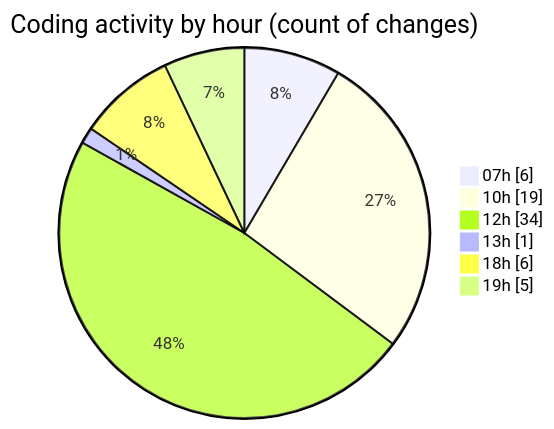
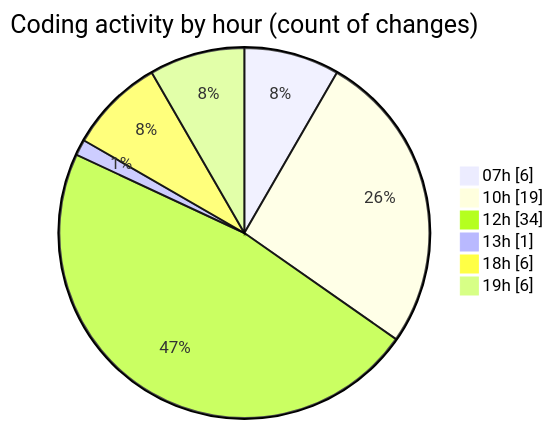
One commit to lephambinh05/code-tracking changed the second of 2 diagrams in 2025-08-14/rentotp/README.md. Above: the diagram before and after it, drawn with Mermaid. The commit also changed other lines of this file and 1 other file, not shown here.

````diff
--- a/2025-08-14/rentotp/README.md
+++ b/2025-08-14/rentotp/README.md
@@ -34,10 +34,10 @@
 ```mermaid
 pie showData
 title Coding activity by hour (count of changes)
 "07h" : 6
 "10h" : 19
 "12h" : 34
 "13h" : 1
 "18h" : 6
-"19h" : 5
+"19h" : 6
 ```
````
